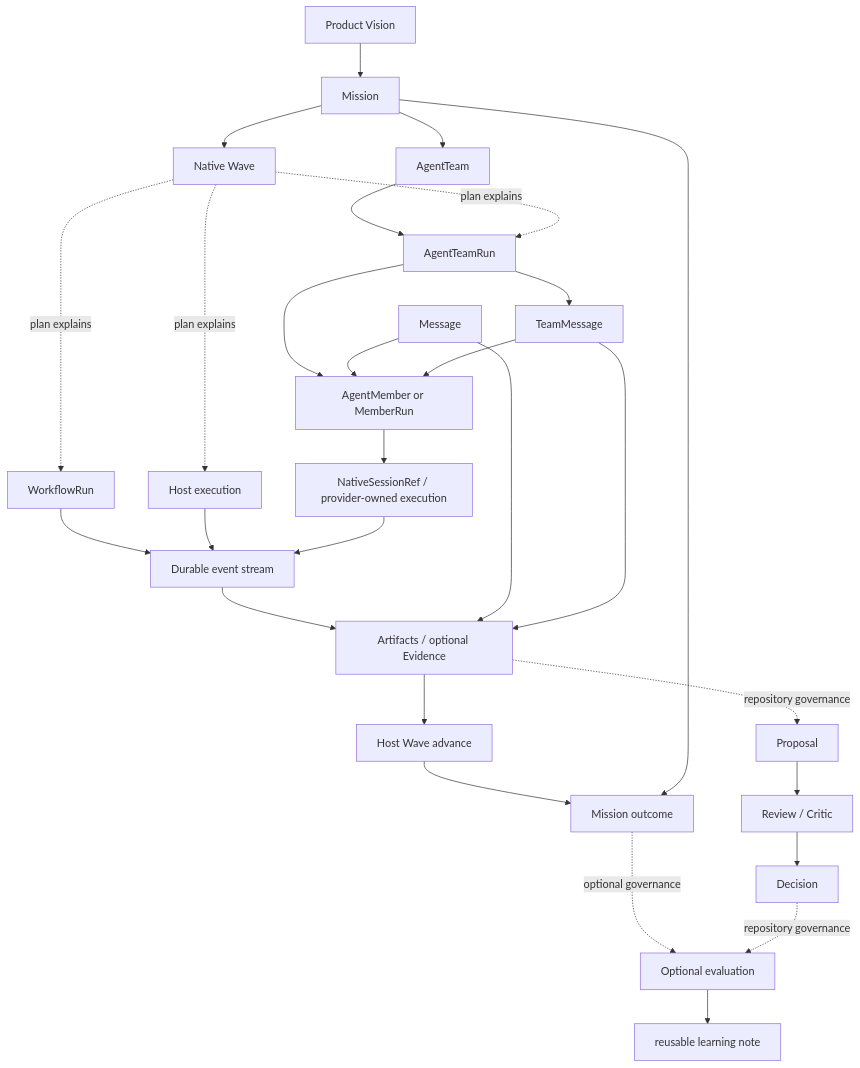
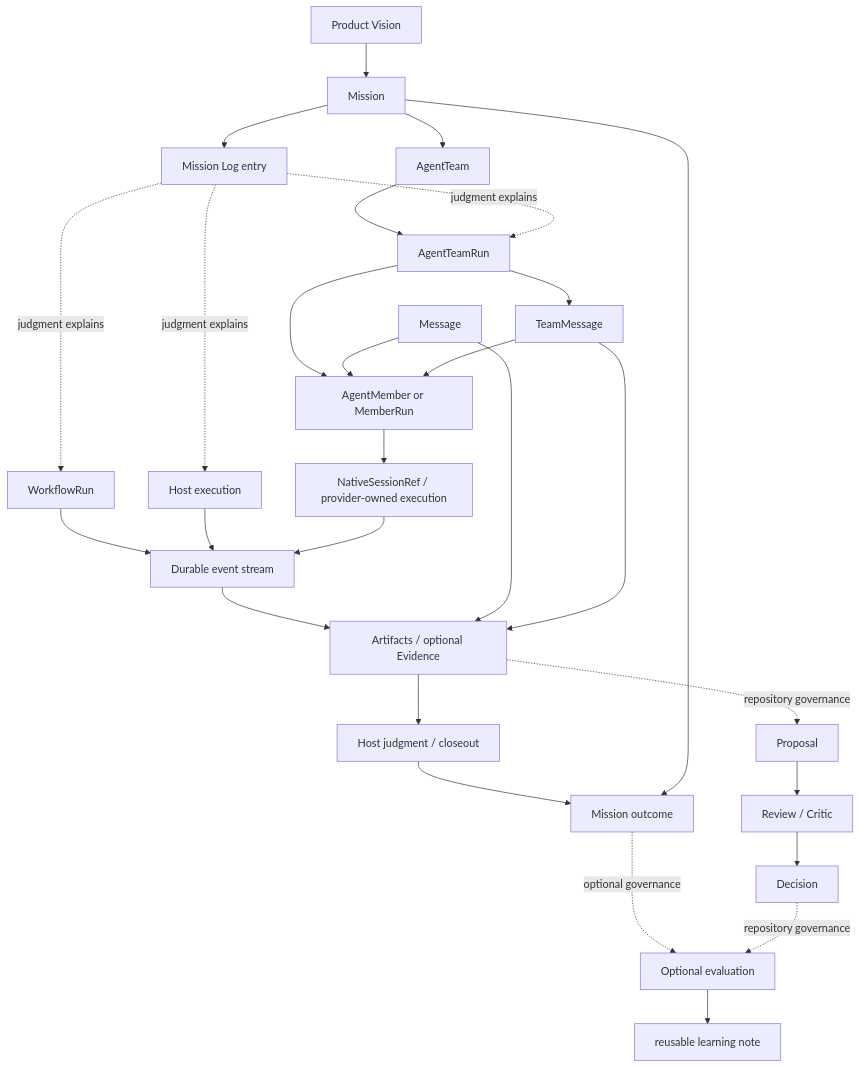
One commit to cyl19970726/multi-agent-harness changed the diagram in docs/current/architecture/concept-model.md. Above: the diagram before and after it, drawn with Mermaid. The commit also changed other lines of this file and 127 other files, not shown here.

````diff
--- a/docs/current/architecture/concept-model.md
+++ b/docs/current/architecture/concept-model.md
@@ -38,51 +40,51 @@
 ```mermaid
 flowchart TD
   Vision[Product Vision]
   Mission[Mission]
-  Wave[Native Wave]
+  MissionLog[Mission Log entry]
   Team[AgentTeam]
   TeamRun[AgentTeamRun]
   WorkflowRun[WorkflowRun]
   HostExec[Host execution]
   Message[Message]
   TeamMessage[TeamMessage]
   Member[AgentMember or MemberRun]
   Provider[NativeSessionRef / provider-owned execution]
   Event[Durable event stream]
   Evidence[Artifacts / optional Evidence]
-  Gate[Host Wave advance]
+  Judgment[Host judgment / closeout]
   Outcome[Mission outcome]
   Proposal[Proposal]
   Review[Review / Critic]
   Decision[Decision]
   Eval[Optional evaluation]
   Case[reusable learning note]
 
   Vision --> Mission
-  Mission --> Wave
+  Mission --> MissionLog
   Mission --> Team
   Team --> TeamRun
-  Wave -. plan explains .-> TeamRun
-  Wave -. plan explains .-> WorkflowRun
-  Wave -. plan explains .-> HostExec
+  MissionLog -. judgment explains .-> TeamRun
+  MissionLog -. judgment explains .-> WorkflowRun
+  MissionLog -. judgment explains .-> HostExec
   TeamRun --> TeamMessage
   TeamRun --> Member
   WorkflowRun --> Event
   HostExec --> Event
   Message --> Member
   TeamMessage --> Member
   Member --> Provider
   Provider --> Event
   Event --> Evidence
   Message --> Evidence
   TeamMessage --> Evidence
-  Evidence --> Gate
-  Gate --> Outcome
+  Evidence --> Judgment
+  Judgment --> Outcome
   Mission --> Outcome
   Outcome -. optional governance .-> Eval
   Evidence -. repository governance .-> Proposal
   Proposal --> Review
   Review --> Decision
   Decision -. repository governance .-> Eval
   Eval --> Case
 ```
````
